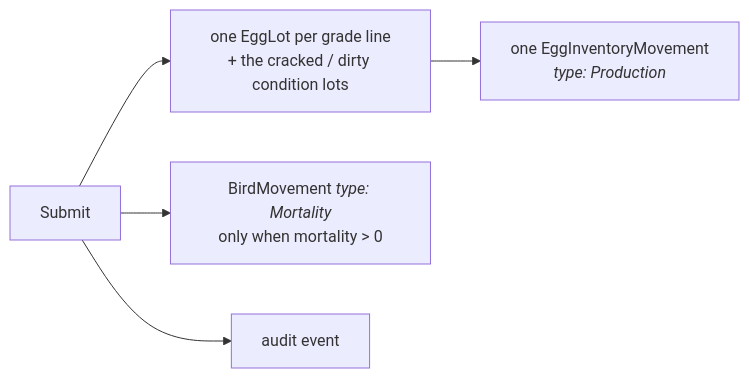
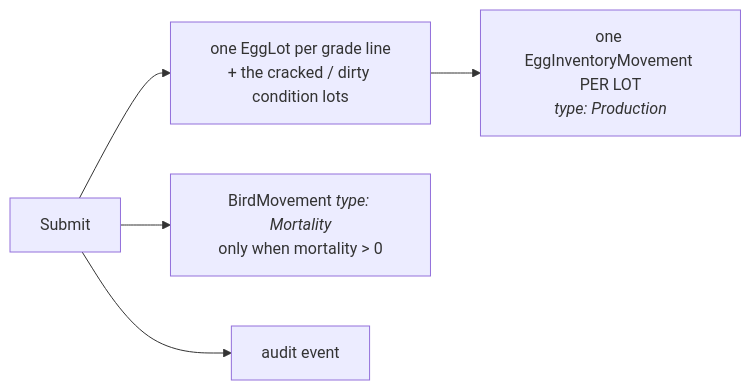
The third of 4 diagrams in docs/architecture.md (mforce/cluckwork), drawn with Mermaid before and after one commit. The commit also changed 3 other files, not shown here.

````diff
--- a/docs/architecture.md
+++ b/docs/architecture.md
@@ -92,7 +92,7 @@
 ```mermaid
 flowchart LR
     SUBMIT["Submit"] --> LOTS["one EggLot per grade line<br/>+ the cracked / dirty condition lots"]
-    LOTS --> MOVES["one EggInventoryMovement<br/><i>type: Production</i>"]
+    LOTS --> MOVES["one EggInventoryMovement PER LOT<br/><i>type: Production</i>"]
     SUBMIT --> BIRDS["BirdMovement <i>type: Mortality</i><br/>only when mortality > 0"]
     SUBMIT --> AUDIT["audit event"]
 ```
````
